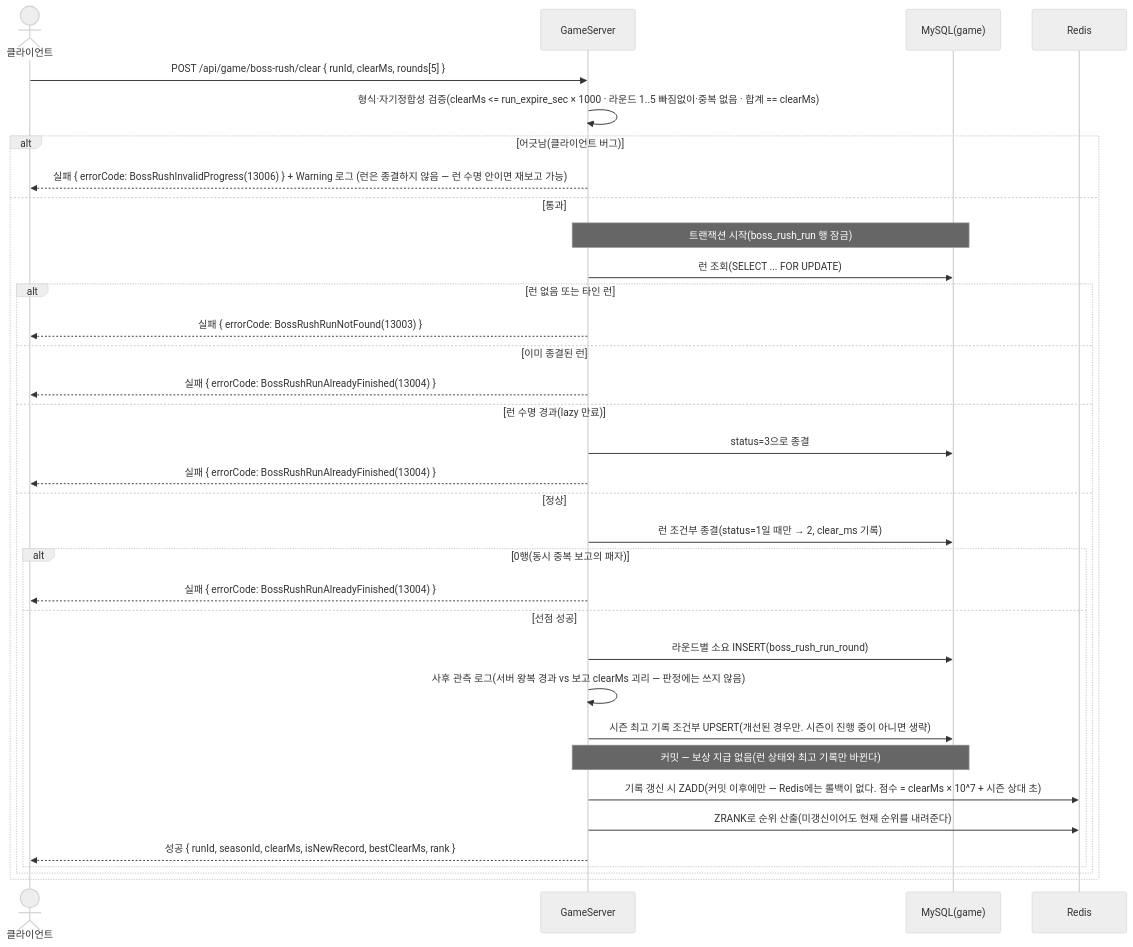
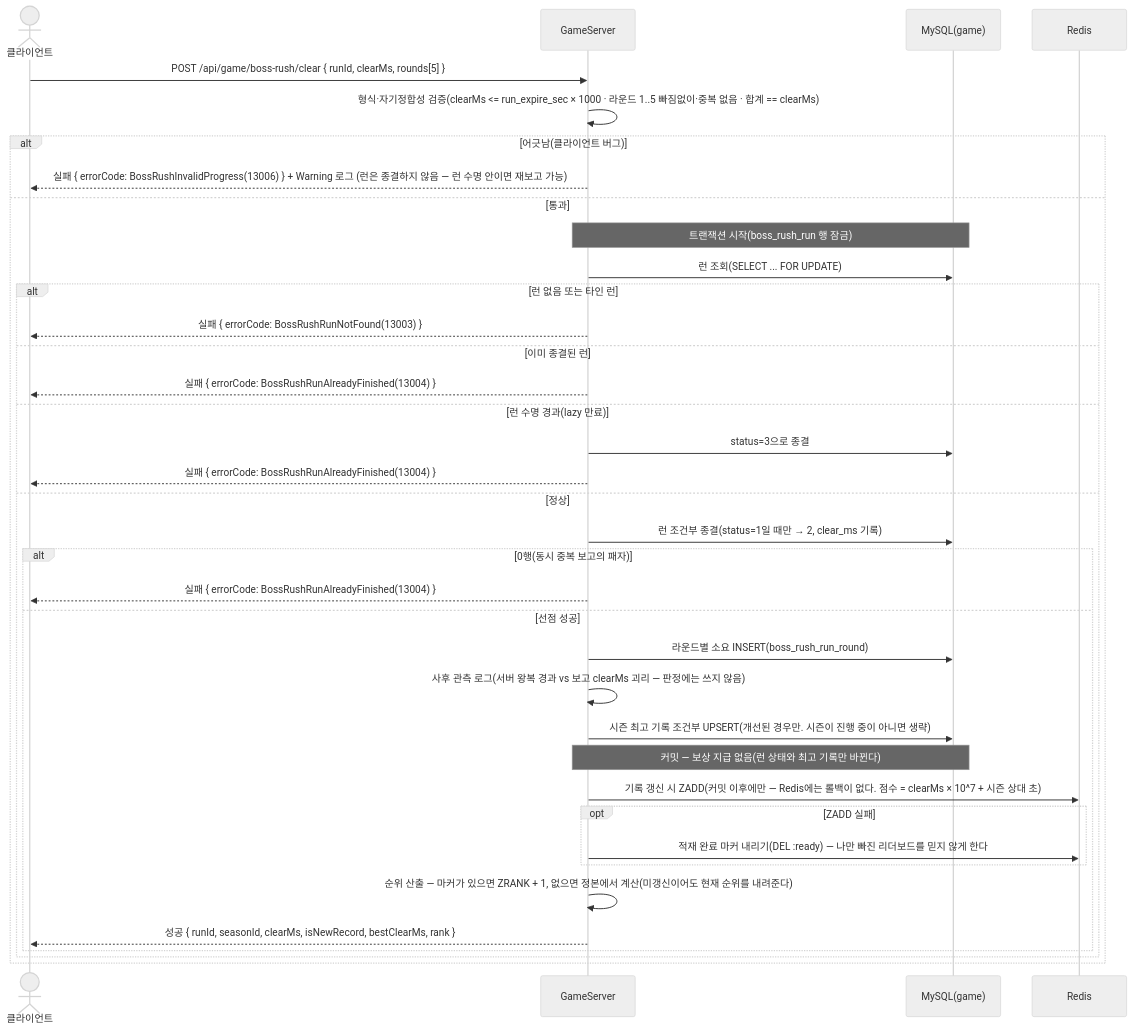
One commit to ks-wook/com2us-taskbar-hero changed diagram 44 of 48 in SequenceDiagram/README.md. Above: the diagram before and after it, drawn with Mermaid (neutral theme). The commit also changed other lines of this file and 11 other files, not shown here.

````diff
--- a/SequenceDiagram/README.md
+++ b/SequenceDiagram/README.md
@@ -1438,37 +1438,40 @@
 ```mermaid
 sequenceDiagram
     actor C as 클라이언트
     participant S as GameServer
     participant DB as MySQL(game)
     participant R as Redis
 
     C->>S: POST /api/game/boss-rush/clear { runId, clearMs, rounds[5] }
     S->>S: 형식·자기정합성 검증(clearMs <= run_expire_sec × 1000 · 라운드 1..5 빠짐없이·중복 없음 · 합계 == clearMs)
     alt 어긋남(클라이언트 버그)
         S-->>C: 실패 { errorCode: BossRushInvalidProgress(13006) } + Warning 로그 (런은 종결하지 않음 — 런 수명 안이면 재보고 가능)
     else 통과
         Note over S,DB: 트랜잭션 시작(boss_rush_run 행 잠금)
         S->>DB: 런 조회(SELECT ... FOR UPDATE)
         alt 런 없음 또는 타인 런
             S-->>C: 실패 { errorCode: BossRushRunNotFound(13003) }
         else 이미 종결된 런
             S-->>C: 실패 { errorCode: BossRushRunAlreadyFinished(13004) }
         else 런 수명 경과(lazy 만료)
             S->>DB: status=3으로 종결
             S-->>C: 실패 { errorCode: BossRushRunAlreadyFinished(13004) }
         else 정상
             S->>DB: 런 조건부 종결(status=1일 때만 → 2, clear_ms 기록)
             alt 0행(동시 중복 보고의 패자)
                 S-->>C: 실패 { errorCode: BossRushRunAlreadyFinished(13004) }
             else 선점 성공
                 S->>DB: 라운드별 소요 INSERT(boss_rush_run_round)
                 S->>S: 사후 관측 로그(서버 왕복 경과 vs 보고 clearMs 괴리 — 판정에는 쓰지 않음)
                 S->>DB: 시즌 최고 기록 조건부 UPSERT(개선된 경우만. 시즌이 진행 중이 아니면 생략)
                 Note over S,DB: 커밋 — 보상 지급 없음(런 상태와 최고 기록만 바뀐다)
                 S->>R: 기록 갱신 시 ZADD(커밋 이후에만 — Redis에는 롤백이 없다. 점수 = clearMs × 10^7 + 시즌 상대 초)
-                S->>R: ZRANK로 순위 산출(미갱신이어도 현재 순위를 내려준다)
+                opt ZADD 실패
+                    S->>R: 적재 완료 마커 내리기(DEL :ready) — 나만 빠진 리더보드를 믿지 않게 한다
+                end
+                S->>S: 순위 산출 — 마커가 있으면 ZRANK + 1, 없으면 정본에서 계산(미갱신이어도 현재 순위를 내려준다)
                 S-->>C: 성공 { runId, seasonId, clearMs, isNewRecord, bestClearMs, rank }
             end
         end
     end
 ```
````
